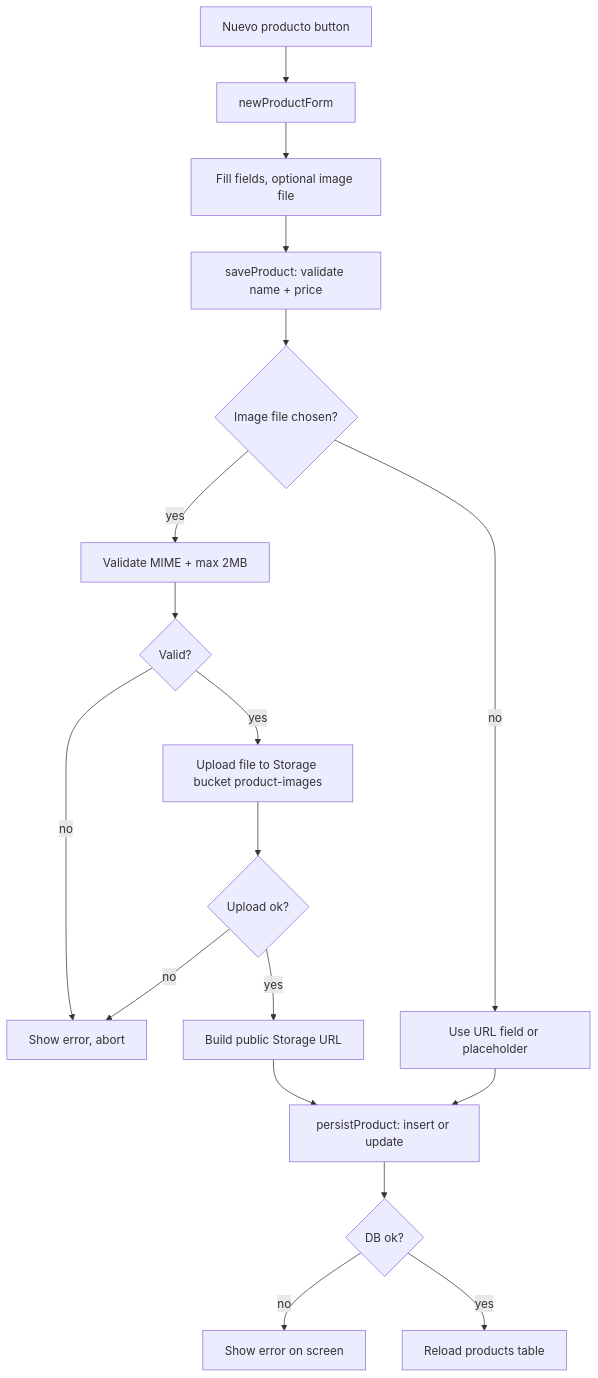
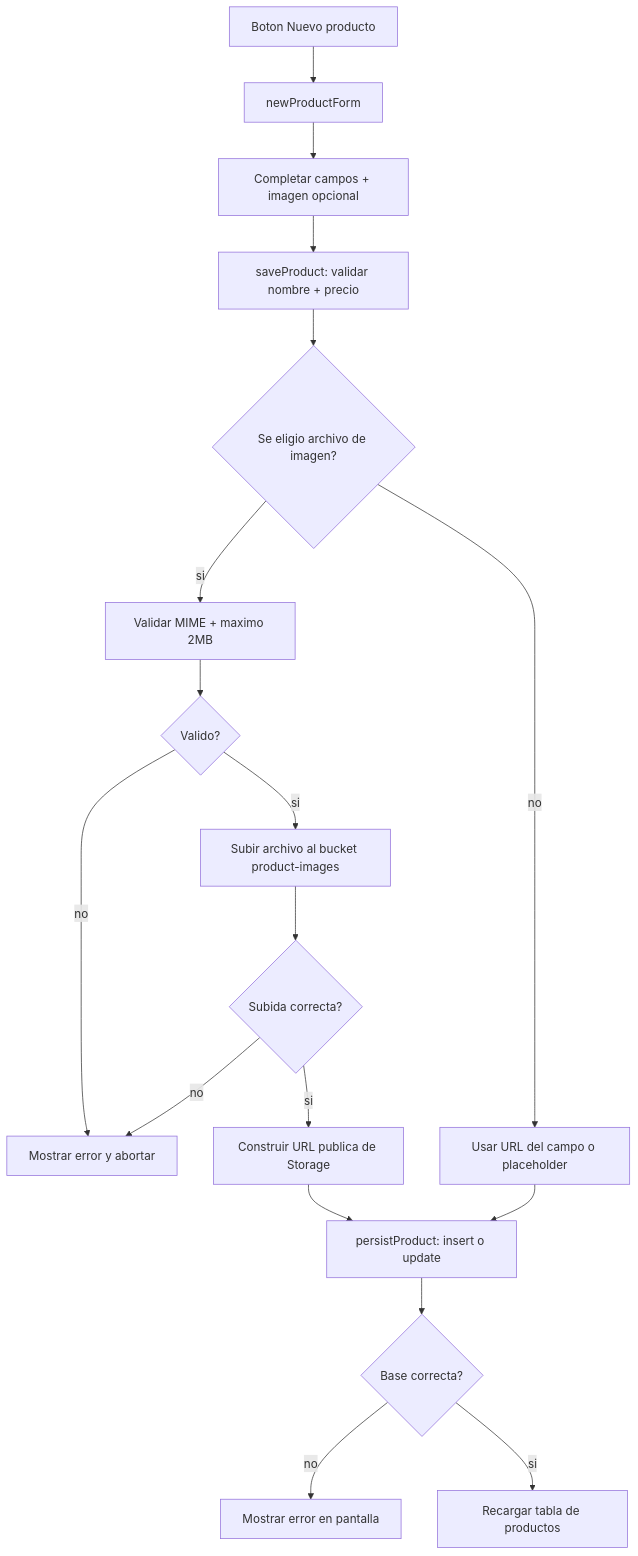
The third of 7 diagrams in docs/diagrams.md (lacp130688-cpu/lasolutions-website), drawn with Mermaid before and after one commit. The commit also changed other lines of this file, not shown here.

First line of the commit message:
docs: diagramas de arquitectura en espanol

````diff
--- a/docs/diagrams.md
+++ b/docs/diagrams.md
@@ -91,20 +91,20 @@
 ```mermaid
 flowchart TD
-  A[Nuevo producto button] --> B[newProductForm]
-  B --> C[Fill fields, optional image file]
-  C --> D[saveProduct: validate name + price]
-  D --> E{Image file chosen?}
-  E -- yes --> F[Validate MIME + max 2MB]
-  F --> G{Valid?}
-  G -- no --> H[Show error, abort]
-  G -- yes --> I[Upload file to Storage bucket product-images]
-  I --> J{Upload ok?}
+  A[Boton Nuevo producto] --> B[newProductForm]
+  B --> C[Completar campos + imagen opcional]
+  C --> D[saveProduct: validar nombre + precio]
+  D --> E{Se eligio archivo de imagen?}
+  E -- si --> F[Validar MIME + maximo 2MB]
+  F --> G{Valido?}
+  G -- no --> H[Mostrar error y abortar]
+  G -- si --> I[Subir archivo al bucket product-images]
+  I --> J{Subida correcta?}
   J -- no --> H
-  J -- yes --> K[Build public Storage URL]
-  E -- no --> L[Use URL field or placeholder]
-  K --> M[persistProduct: insert or update]
+  J -- si --> K[Construir URL publica de Storage]
+  E -- no --> L[Usar URL del campo o placeholder]
+  K --> M[persistProduct: insert o update]
   L --> M
-  M --> N{DB ok?}
-  N -- no --> O[Show error on screen]
-  N -- yes --> P[Reload products table]
+  M --> N{Base correcta?}
+  N -- no --> O[Mostrar error en pantalla]
+  N -- si --> P[Recargar tabla de productos]
 ```
````
